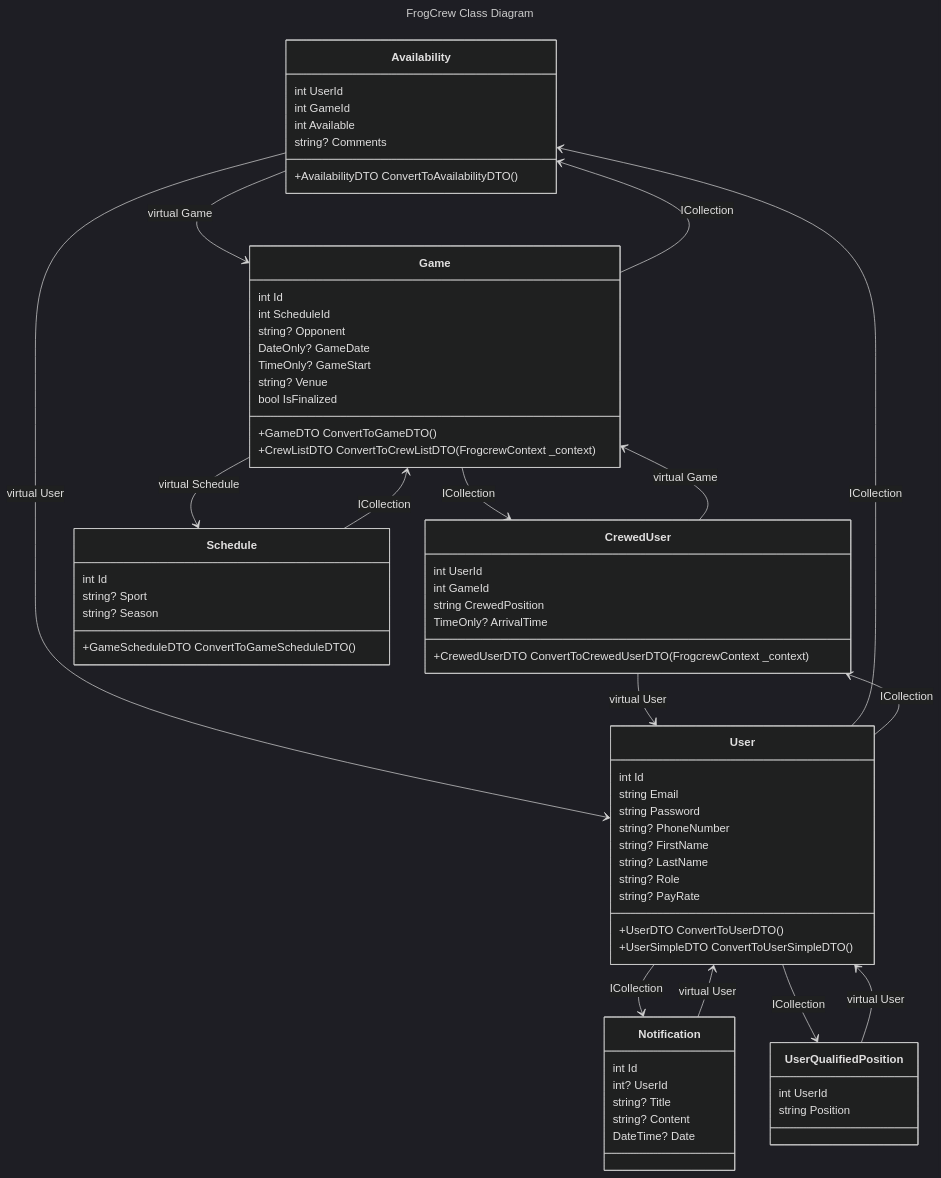
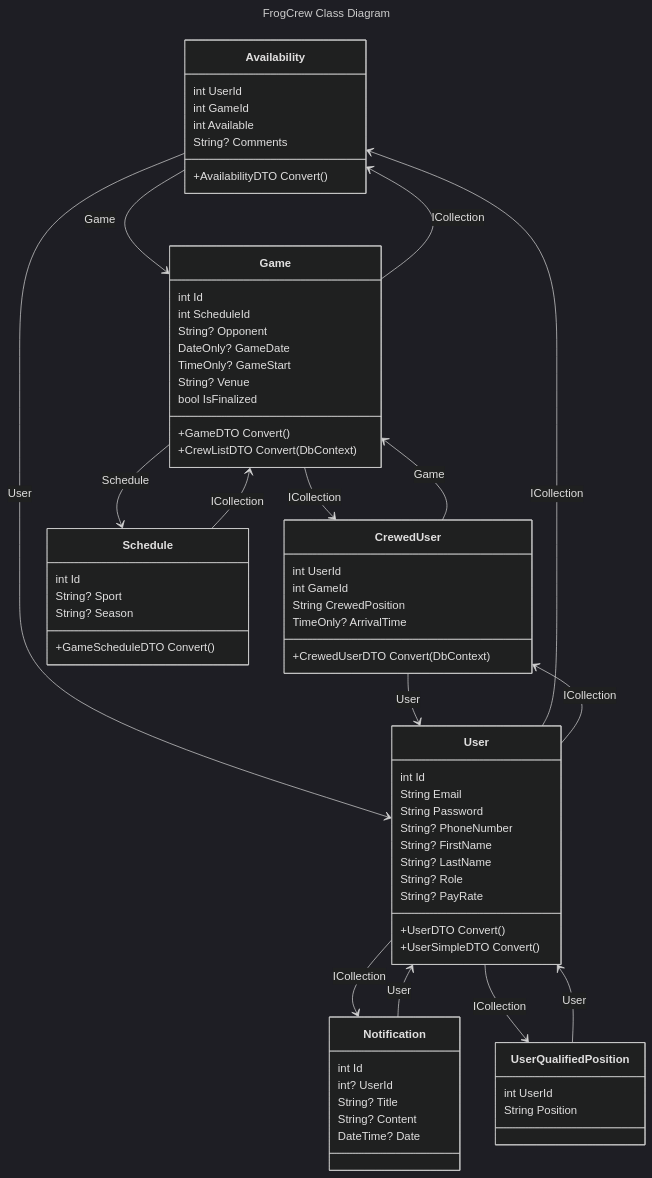
Before and after one commit to katebednarz/frogcrew: the diagram in backend/Docs/ClassDiagram.mmd, drawn with Mermaid (dark theme).

Commit message:
removed `virtual` keywords and cleaned up

```diff
--- a/backend/Docs/ClassDiagram.mmd
+++ b/backend/Docs/ClassDiagram.mmd
@@ -1,78 +1,78 @@
 ---
 title: FrogCrew Class Diagram
 ---
 classDiagram
     class Availability {
         int UserId
         int GameId
         int Available
-        string? Comments
-        +AvailabilityDTO ConvertToAvailabilityDTO()
+        String? Comments
+        +AvailabilityDTO Convert()
     }
-    Availability --> Game: virtual Game
-    Availability --> User: virtual User
+    Availability --> Game: Game
+    Availability --> User: User
 
     class CrewedUser {
         int UserId
         int GameId
-        string CrewedPosition
+        String CrewedPosition
         TimeOnly? ArrivalTime
-        +CrewedUserDTO ConvertToCrewedUserDTO(FrogcrewContext _context)
+        +CrewedUserDTO Convert(DbContext)
     }
-    CrewedUser --> Game: virtual Game
-    CrewedUser --> User: virtual User
+    CrewedUser --> Game: Game
+    CrewedUser --> User: User
 
     class Game {
         int Id
         int ScheduleId
-        string? Opponent
+        String? Opponent
         DateOnly? GameDate
         TimeOnly? GameStart
-        string? Venue
+        String? Venue
         bool IsFinalized
-        +GameDTO ConvertToGameDTO()
-        +CrewListDTO ConvertToCrewListDTO(FrogcrewContext _context)
+        +GameDTO Convert()
+        +CrewListDTO Convert(DbContext)
     }
-    Game --> Schedule: virtual Schedule
+    Game --> Schedule: Schedule
     Game --> Availability: ICollection
     Game --> CrewedUser: ICollection
 
     class Notification {
         int Id
         int? UserId
-        string? Title
-        string? Content
+        String? Title
+        String? Content
         DateTime? Date
     }
-    Notification --> User: virtual User
+    Notification --> User: User
 
     class Schedule {
         int Id
-        string? Sport
-        string? Season
-        +GameScheduleDTO ConvertToGameScheduleDTO()
+        String? Sport
+        String? Season
+        +GameScheduleDTO Convert()
     }
     Schedule --> Game: ICollection
 
     class User {
         int Id
-        string Email
-        string Password
-        string? PhoneNumber
-        string? FirstName
-        string? LastName
-        string? Role
-        string? PayRate
-        +UserDTO ConvertToUserDTO()
-        +UserSimpleDTO ConvertToUserSimpleDTO()
+        String Email
+        String Password
+        String? PhoneNumber
+        String? FirstName
+        String? LastName
+        String? Role
+        String? PayRate
+        +UserDTO Convert()
+        +UserSimpleDTO Convert()
     }
     User --> Availability: ICollection
     User --> CrewedUser: ICollection
     User --> Notification: ICollection
     User --> UserQualifiedPosition: ICollection
 
     class UserQualifiedPosition {
         int UserId
-        string Position
+        String Position
     }
-    UserQualifiedPosition --> User: virtual User
+    UserQualifiedPosition --> User: User
```
